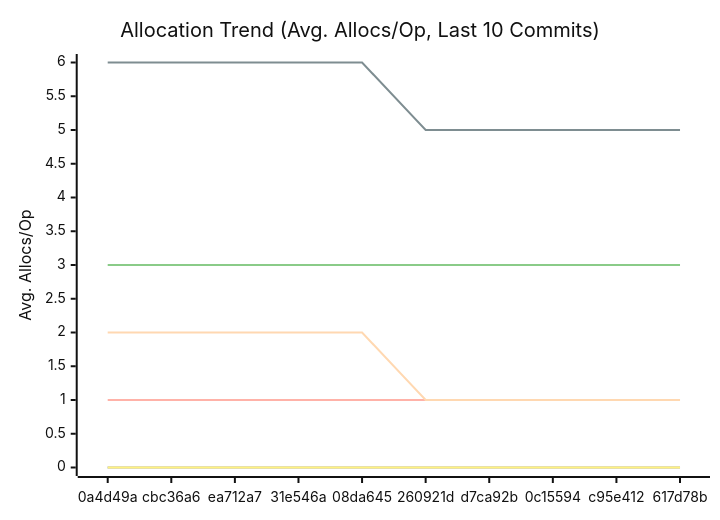
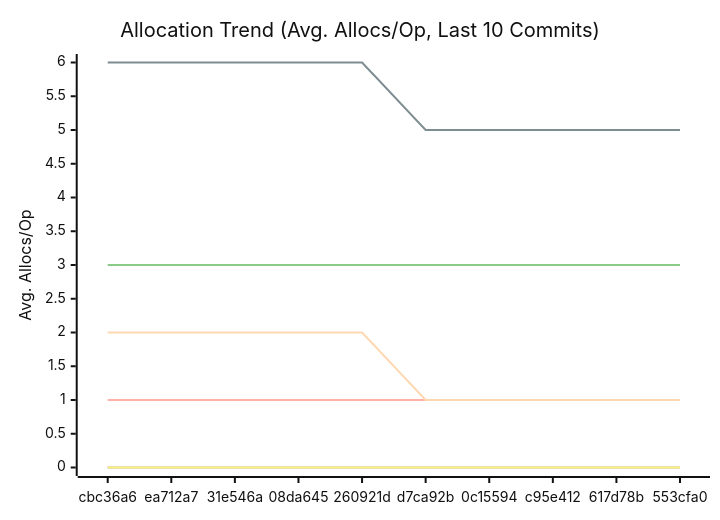
The third of 3 diagrams in docs/PERFORMANCE.md (alsotoes/momo), drawn with Mermaid (neutral theme) before and after one commit. The commit also changed other lines of this file and 2 other files, not shown here.

````diff
--- a/docs/PERFORMANCE.md
+++ b/docs/PERFORMANCE.md
@@ -114,16 +114,16 @@
 ```mermaid
 xychart-beta
     title "Allocation Trend (Avg. Allocs/Op, Last 10 Commits)"
     x-axis "Commit"
     y-axis "Avg. Allocs/Op"
-    x-axis [0a4d49a,cbc36a6,ea712a7,31e546a,08da645,260921d,d7ca92b,0c15594,c95e412,617d78b]
+    x-axis [cbc36a6,ea712a7,31e546a,08da645,260921d,d7ca92b,0c15594,c95e412,617d78b,553cfa0]
     line "CheckMetricsAndSwap" [0,0,0,0,0,0,0,0,0,0]
     line "CrushOptimized" [0,0,0,0,0,0,0,0,0,0]
     line "CrushOriginal" [3,3,3,3,3,3,3,3,3,3]
     line "IndexDirectTracking" [0,0,0,0,0,0,0,0,0,0]
     line "IndexSearch" [0,0,0,0,0,0,0,0,0,0]
     line "LoadGlobalConfig" [1,1,1,1,1,1,1,1,1,1]
     line "PadString" [0,0,0,0,0,0,0,0,0,0]
     line "ParseReplicationOrder_NoPrealloc" [6,6,6,6,6,5,5,5,5,5]
     line "ParseReplicationOrder_Prealloc" [2,2,2,2,2,1,1,1,1,1]
 ```
````
